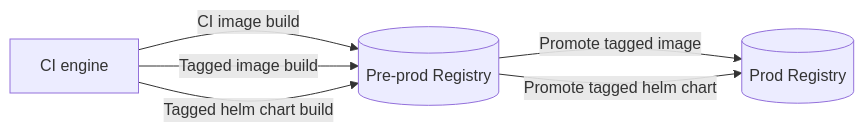
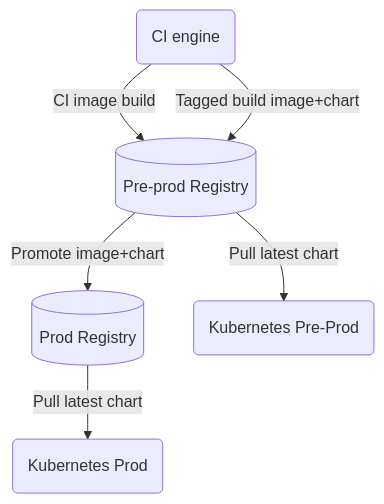
The diagram in README.md (myspotontheweb/argocd-springboot-demo1), drawn with Mermaid before and after one commit.

Commit message:
Add k8s into the diagram

````diff
--- a/README.md
+++ b/README.md
@@ -49,8 +49,8 @@
 ```mermaid
-flowchart LR
-    ci[CI engine] --> | CI image build |reg1[(Pre-prod Registry)]
-    ci --> |Tagged image build| reg1
-    ci --> |Tagged helm chart build| reg1
-    reg1 --> |Promote tagged image| reg2[(Prod Registry)]
-    reg1 --> |Promote tagged helm chart| reg2[(Prod Registry)]
+flowchart 
+    ci(CI engine) --> | CI image build |reg1[(Pre-prod Registry)]
+    ci --> |Tagged build image+chart| reg1
+    reg1 --> |Promote image+chart| reg2[(Prod Registry)]
+    reg1 --> |Pull latest chart| k8spprod(Kubernetes Pre-Prod)
+    reg2 --> |Pull latest chart| k8sprod(Kubernetes Prod)
 ```
````
